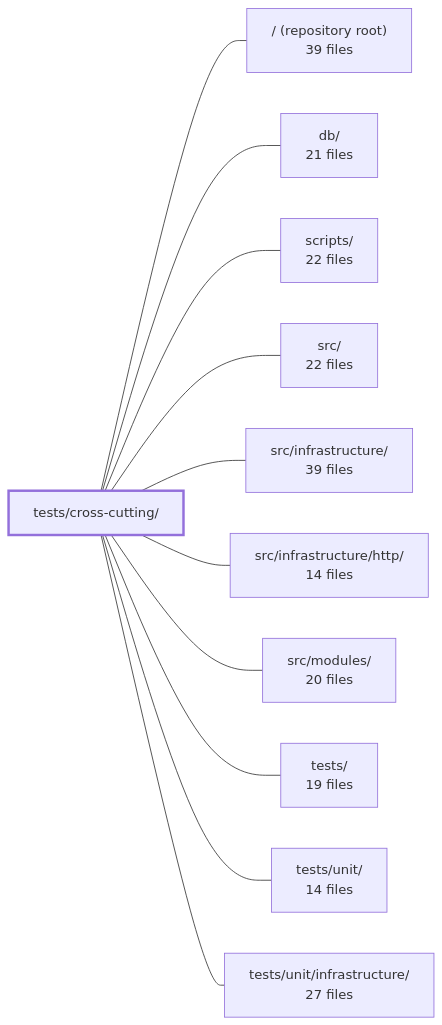
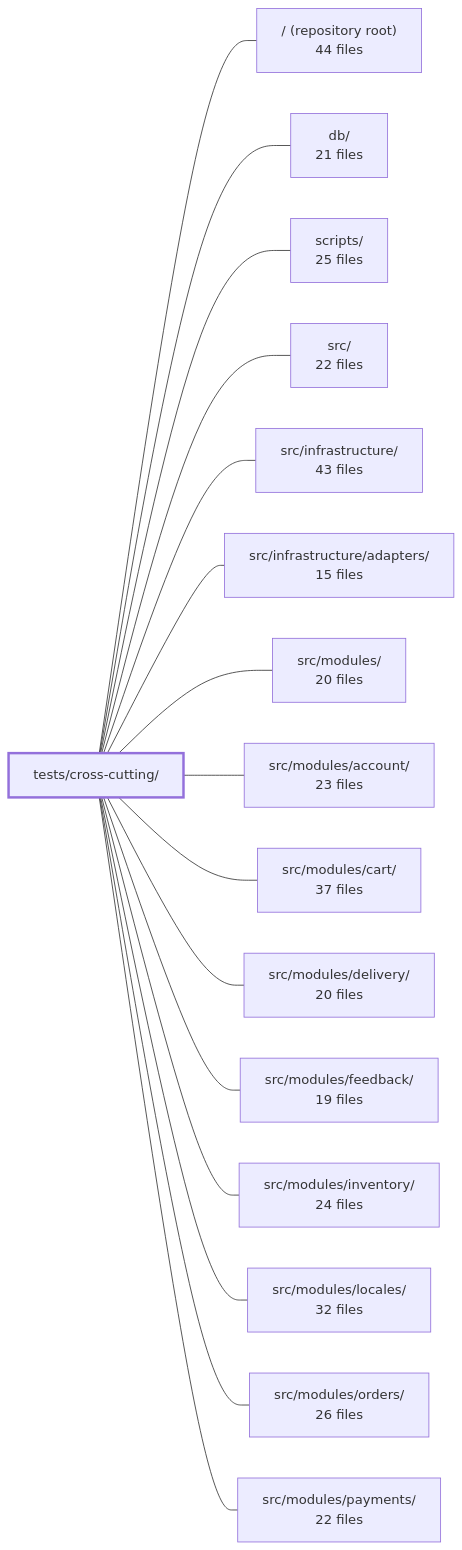
The diagram in .2repo/modules/boilerplate-node-backend_tests_cross-cutting.md (Guebbit/boilerplate-node-backend), drawn with Mermaid before and after one commit. The commit also changed other lines of this file and 625 other files, not shown here.

````diff
--- a/.2repo/modules/boilerplate-node-backend_tests_cross-cutting.md
+++ b/.2repo/modules/boilerplate-node-backend_tests_cross-cutting.md
@@ -44,25 +44,35 @@
 ```mermaid
 flowchart LR
     m_tests_cross_cutting["tests/cross-cutting/"]
-    m_root["/ (repository root)<br/>39 files"]
+    m_root["/ (repository root)<br/>44 files"]
     m_db["db/<br/>21 files"]
-    m_scripts["scripts/<br/>22 files"]
+    m_scripts["scripts/<br/>25 files"]
     m_src["src/<br/>22 files"]
-    m_src_infrastructure["src/infrastructure/<br/>39 files"]
-    m_src_infrastructure_http["src/infrastructure/http/<br/>14 files"]
+    m_src_infrastructure["src/infrastructure/<br/>43 files"]
+    m_src_infrastructure_adapters["src/infrastructure/adapters/<br/>15 files"]
     m_src_modules["src/modules/<br/>20 files"]
-    m_tests["tests/<br/>19 files"]
-    m_tests_unit["tests/unit/<br/>14 files"]
-    m_tests_unit_infrastructure["tests/unit/infrastructure/<br/>27 files"]
+    m_src_modules_account["src/modules/account/<br/>23 files"]
+    m_src_modules_cart["src/modules/cart/<br/>37 files"]
+    m_src_modules_delivery["src/modules/delivery/<br/>20 files"]
+    m_src_modules_feedback["src/modules/feedback/<br/>19 files"]
+    m_src_modules_inventory["src/modules/inventory/<br/>24 files"]
+    m_src_modules_locales["src/modules/locales/<br/>32 files"]
+    m_src_modules_orders["src/modules/orders/<br/>26 files"]
+    m_src_modules_payments["src/modules/payments/<br/>22 files"]
     m_tests_cross_cutting --- m_root
     m_tests_cross_cutting --- m_db
     m_tests_cross_cutting --- m_scripts
     m_tests_cross_cutting --- m_src
     m_tests_cross_cutting --- m_src_infrastructure
-    m_tests_cross_cutting --- m_src_infrastructure_http
+    m_tests_cross_cutting --- m_src_infrastructure_adapters
     m_tests_cross_cutting --- m_src_modules
-    m_tests_cross_cutting --- m_tests
-    m_tests_cross_cutting --- m_tests_unit
-    m_tests_cross_cutting --- m_tests_unit_infrastructure
+    m_tests_cross_cutting --- m_src_modules_account
+    m_tests_cross_cutting --- m_src_modules_cart
+    m_tests_cross_cutting --- m_src_modules_delivery
+    m_tests_cross_cutting --- m_src_modules_feedback
+    m_tests_cross_cutting --- m_src_modules_inventory
+    m_tests_cross_cutting --- m_src_modules_locales
+    m_tests_cross_cutting --- m_src_modules_orders
+    m_tests_cross_cutting --- m_src_modules_payments
     style m_tests_cross_cutting stroke-width:3px
 ```
````
